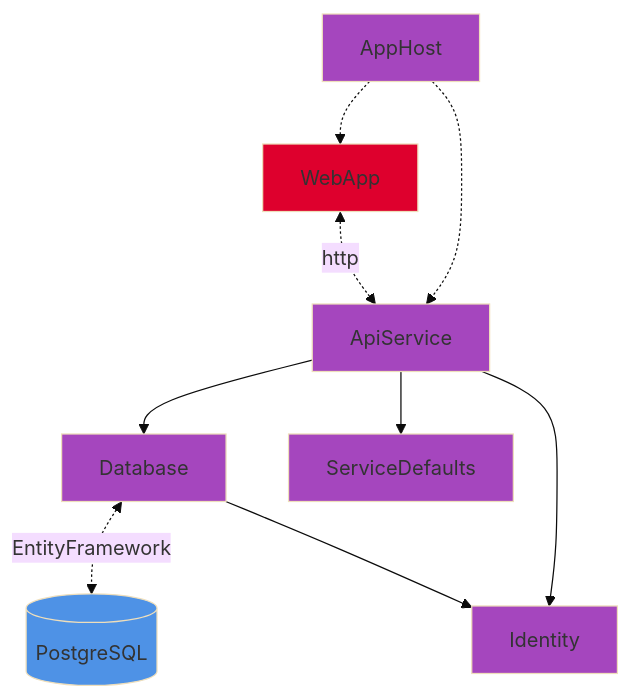
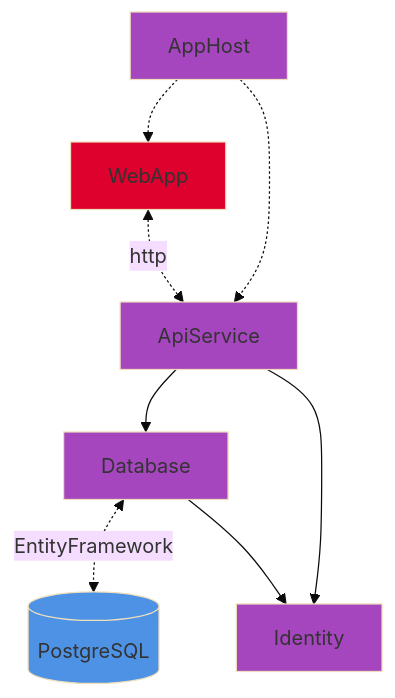
The second of 3 diagrams in src/MrHotel/AppHost/README.md (RafaMadera18/CS_Equipo4), drawn with Mermaid (base theme) before and after one commit. The commit also changed other lines of this file and 1 other file, not shown here.

````diff
--- a/src/MrHotel/AppHost/README.md
+++ b/src/MrHotel/AppHost/README.md
@@ -64,19 +67,17 @@
 ```mermaid
 graph TD
     style AppHost fill:#a546be
     style ApiService fill:#a546be
     style Database fill:#a546be
-    style ServiceDefaults fill:#a546be
     style WebApp fill:#de002d
     style db fill:#4e92e6
     style Identity fill:#a546be
 
     AppHost -.-> WebApp
     AppHost -.-> ApiService
     ApiService --> Database
-    ApiService --> ServiceDefaults
     WebApp <-.->|http| ApiService
     Database <-.->|EntityFramework| db[(PostgreSQL)]
     ApiService --> Identity
     Database --> Identity
 ```
````
